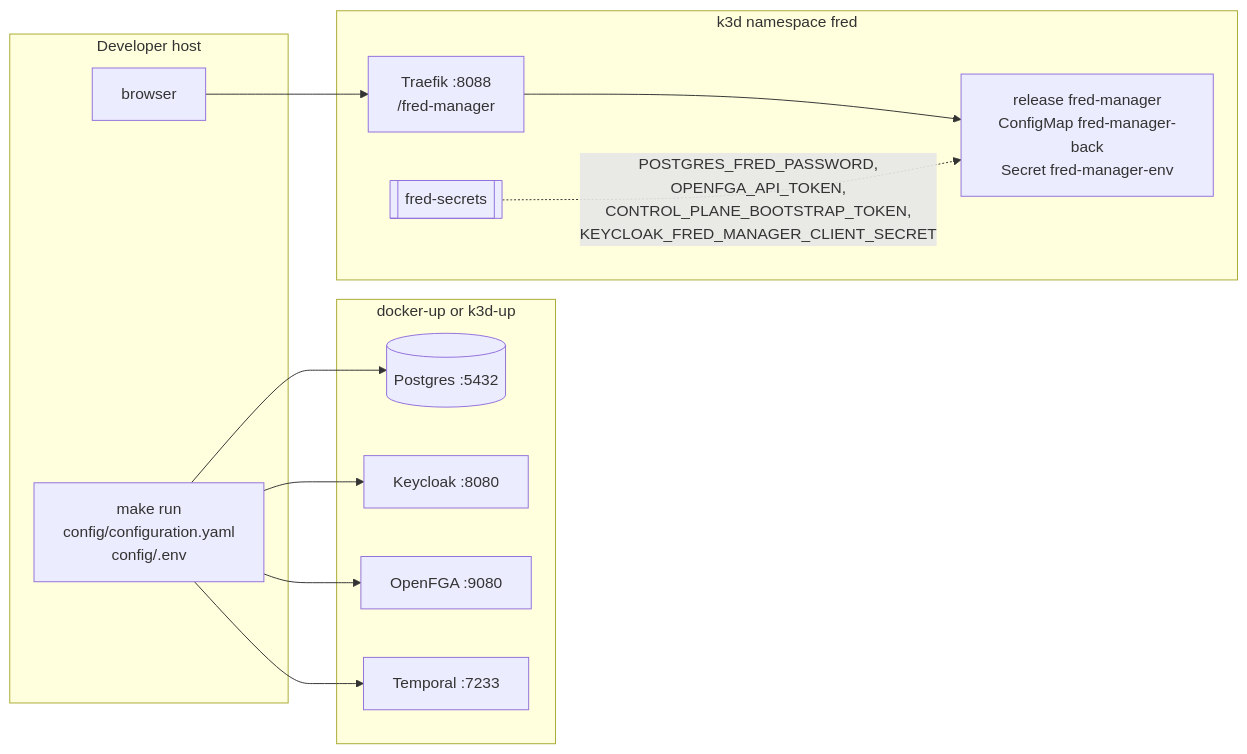
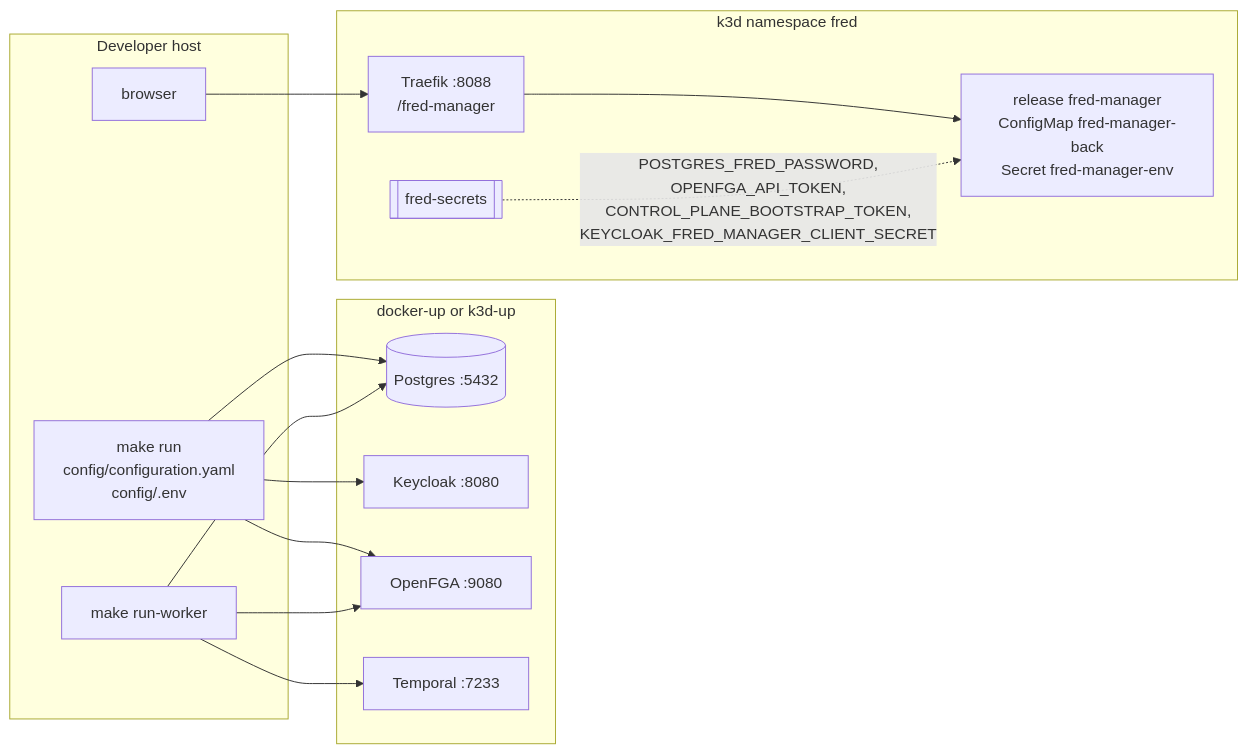
One commit to ThalesGroup/fred changed the diagram in docs/architecture/A3-manager-operations.md. Above: the diagram before and after it, drawn with Mermaid. The commit also changed other lines of this file and 38 other files, not shown here.

````diff
--- a/docs/architecture/A3-manager-operations.md
+++ b/docs/architecture/A3-manager-operations.md
@@ -203,21 +201,23 @@
 ```mermaid
 flowchart LR
     subgraph host [Developer host]
         run["make run<br/>config/configuration.yaml<br/>config/.env"]
+        worker["make run-worker"]
         browser["browser"]
     end
     subgraph infra [docker-up or k3d-up]
         pg[("Postgres :5432")]
         kc["Keycloak :8080"]
         fga["OpenFGA :9080"]
         tmp["Temporal :7233"]
     end
     subgraph cluster [k3d namespace fred]
         pod["release fred-manager<br/>ConfigMap fred-manager-back<br/>Secret fred-manager-env"]
         secrets[["fred-secrets"]]
         traefik["Traefik :8088<br/>/fred-manager"]
     end
-    run --> pg & kc & fga & tmp
+    run --> pg & kc & fga
+    worker --> pg & fga & tmp
     browser --> traefik --> pod
     secrets -. "POSTGRES_FRED_PASSWORD,<br/>OPENFGA_API_TOKEN,<br/>CONTROL_PLANE_BOOTSTRAP_TOKEN,<br/>KEYCLOAK_FRED_MANAGER_CLIENT_SECRET" .-> pod
 ```
````
